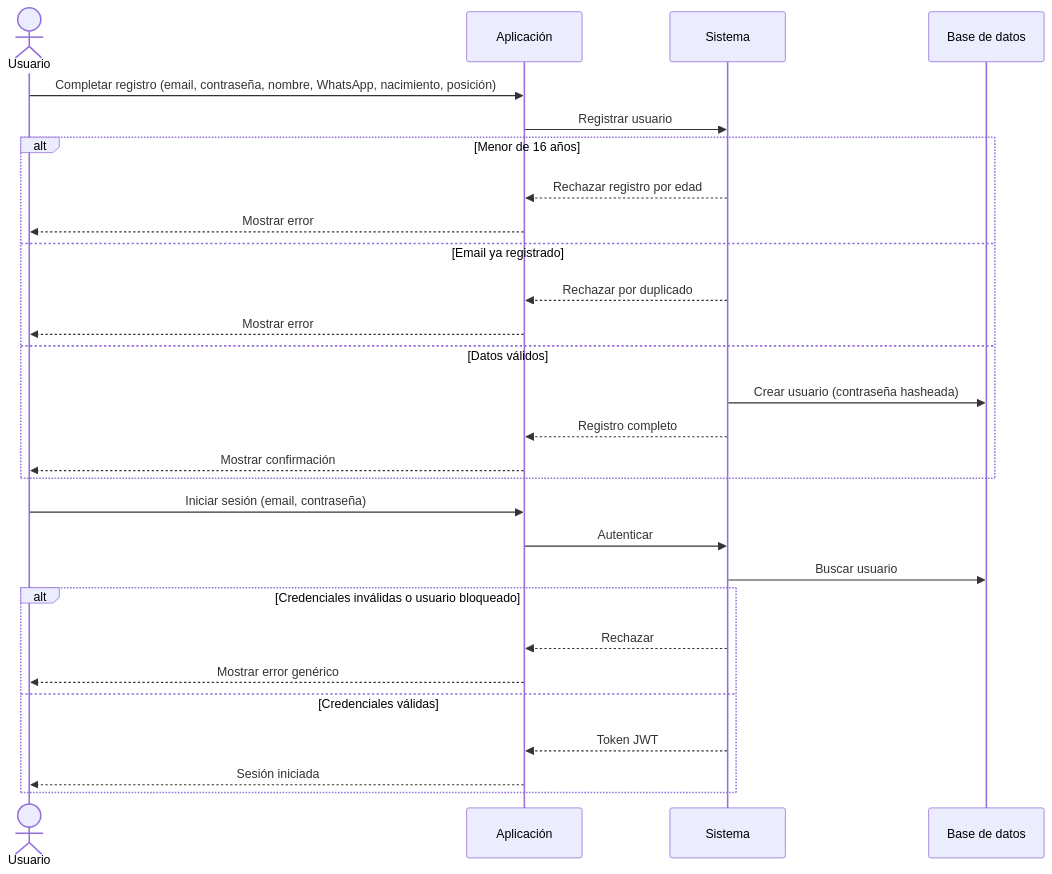
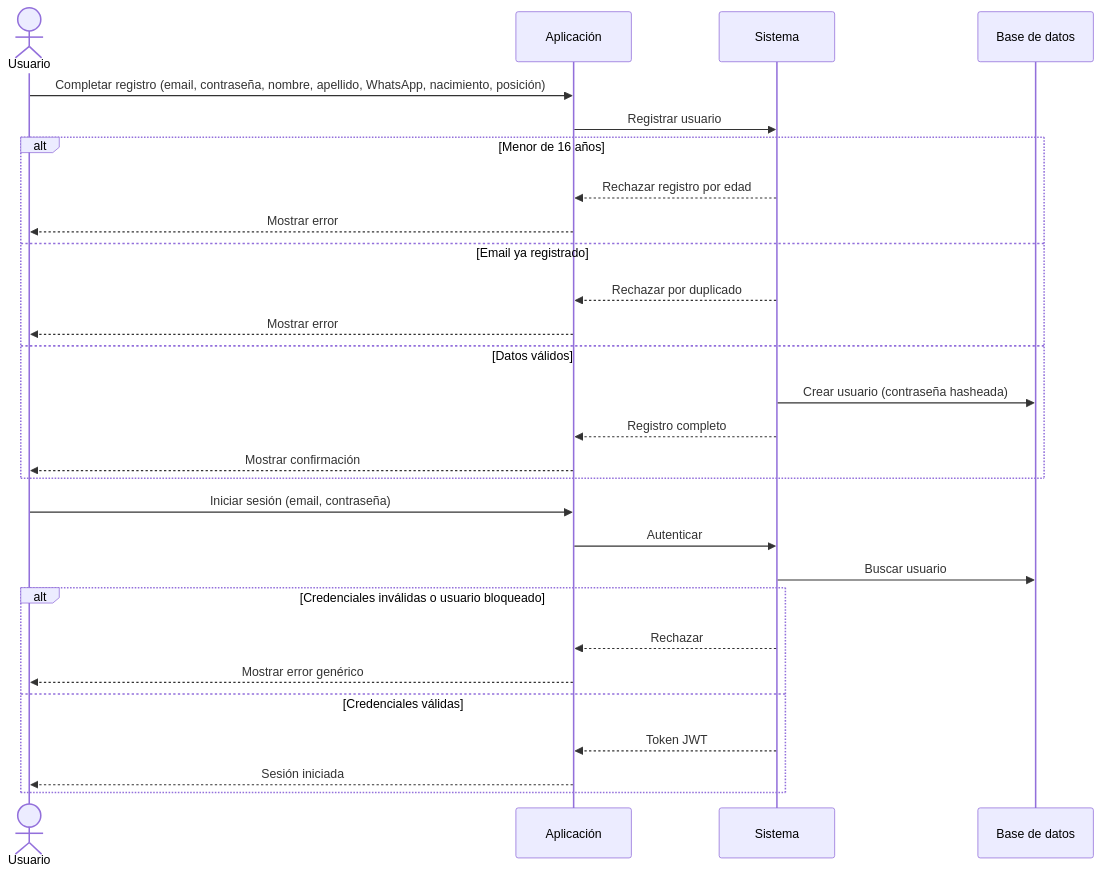
One commit to nvranco/fulvo changed the diagram in docs/diagramas/01-registro-y-login.md. Above: the diagram before and after it, drawn with Mermaid. The commit also changed 5 other files, not shown here.

First line of the commit message:
docs: ajusto requerimientos y diagramas de secuencia con las decisiones del modelo

````diff
--- a/docs/diagramas/01-registro-y-login.md
+++ b/docs/diagramas/01-registro-y-login.md
@@ -5,32 +5,32 @@
 ```mermaid
 sequenceDiagram
     actor U as Usuario
     participant A as Aplicación
     participant S as Sistema
     participant BD as Base de datos
 
-    U->>A: Completar registro (email, contraseña, nombre, WhatsApp, nacimiento, posición)
+    U->>A: Completar registro (email, contraseña, nombre, apellido, WhatsApp, nacimiento, posición)
     A->>S: Registrar usuario
     alt Menor de 16 años
         S-->>A: Rechazar registro por edad
         A-->>U: Mostrar error
     else Email ya registrado
         S-->>A: Rechazar por duplicado
         A-->>U: Mostrar error
     else Datos válidos
         S->>BD: Crear usuario (contraseña hasheada)
         S-->>A: Registro completo
         A-->>U: Mostrar confirmación
     end
 
     U->>A: Iniciar sesión (email, contraseña)
     A->>S: Autenticar
     S->>BD: Buscar usuario
     alt Credenciales inválidas o usuario bloqueado
         S-->>A: Rechazar
         A-->>U: Mostrar error genérico
     else Credenciales válidas
         S-->>A: Token JWT
         A-->>U: Sesión iniciada
     end
 ```
````
